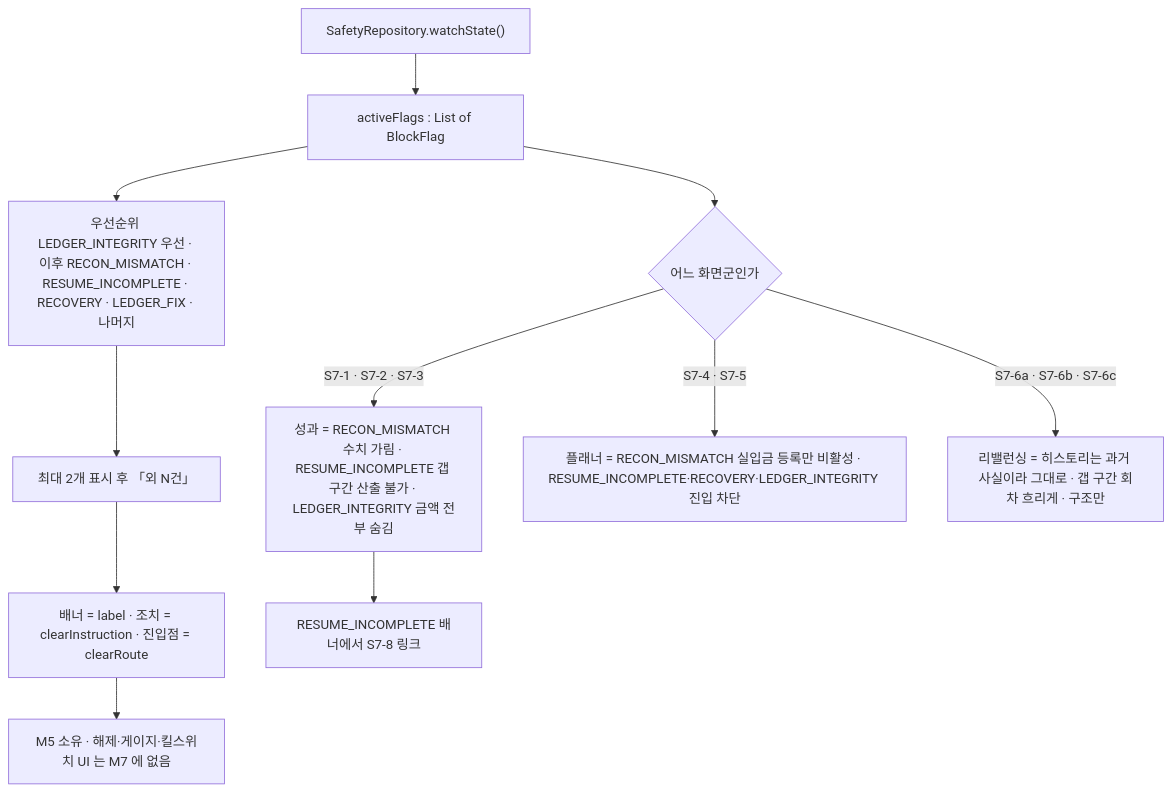
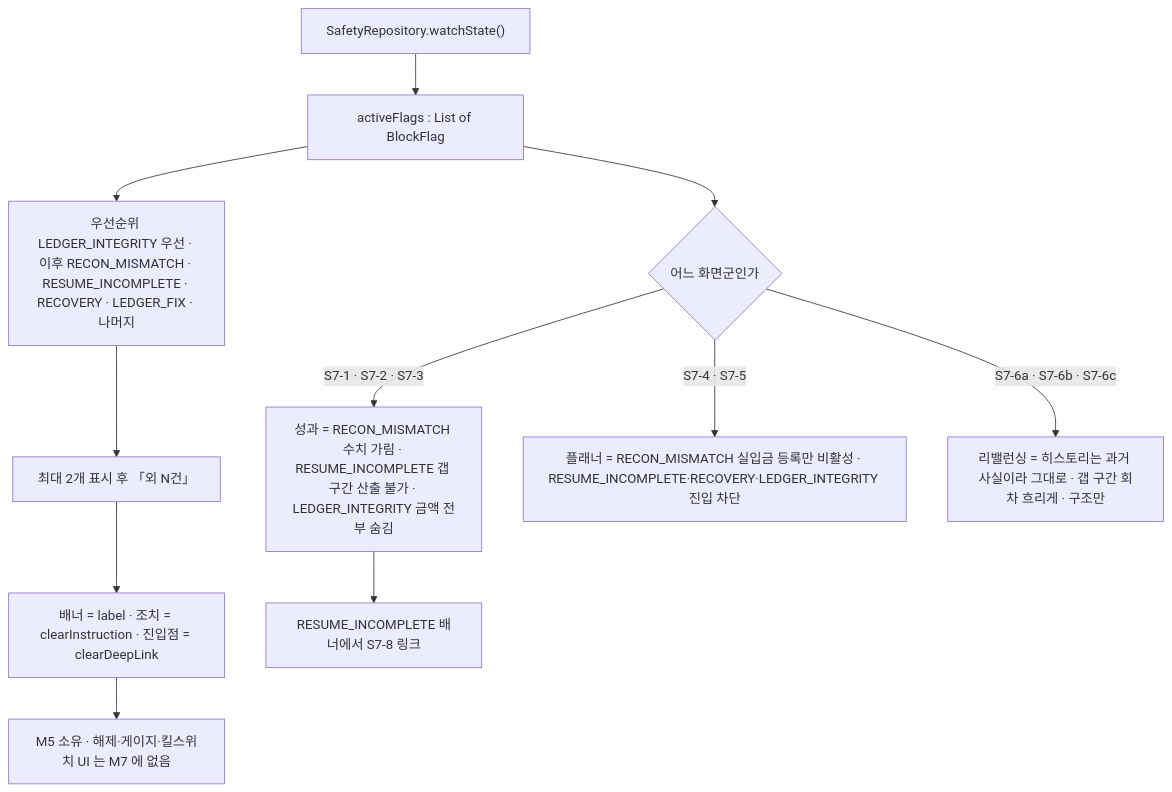
The fourth of 26 diagrams in docs/ai-context/03_화면명세_M7_성과_리밸런싱_플래너.md (billybeom/AutoAlphaQuant), drawn with Mermaid before and after one commit. The commit also changed other lines of this file and 2 other files, not shown here.

````diff
--- a/docs/ai-context/03_화면명세_M7_성과_리밸런싱_플래너.md
+++ b/docs/ai-context/03_화면명세_M7_성과_리밸런싱_플래너.md
@@ -236,24 +236,24 @@
 ```mermaid
 flowchart TD
   SR["SafetyRepository.watchState()"]
   FL["activeFlags : List of BlockFlag"]
   PRI["우선순위 LEDGER_INTEGRITY 우선 · 이후 RECON_MISMATCH · RESUME_INCOMPLETE · RECOVERY · LEDGER_FIX · 나머지"]
   TOP["최대 2개 표시 후 「외 N건」"]
-  TXT["배너 = label · 조치 = clearInstruction · 진입점 = clearRoute"]
+  TXT["배너 = label · 조치 = clearInstruction · 진입점 = clearDeepLink"]
   A{"어느 화면군인가"}
   P["성과 = RECON_MISMATCH 수치 가림 · RESUME_INCOMPLETE 갭 구간 산출 불가 · LEDGER_INTEGRITY 금액 전부 숨김"]
   PL["플래너 = RECON_MISMATCH 실입금 등록만 비활성 · RESUME_INCOMPLETE·RECOVERY·LEDGER_INTEGRITY 진입 차단"]
   RB["리밸런싱 = 히스토리는 과거 사실이라 그대로 · 갭 구간 회차 흐리게 · 구조만"]
   S78["RESUME_INCOMPLETE 배너에서 S7-8 링크"]
   M5["M5 소유 · 해제·게이지·킬스위치 UI 는 M7 에 없음"]
   SR --> FL
   FL --> PRI
   PRI --> TOP
   TOP --> TXT
   FL --> A
   A -->|"S7-1 · S7-2 · S7-3"| P
   A -->|"S7-4 · S7-5"| PL
   A -->|"S7-6a · S7-6b · S7-6c"| RB
   P --> S78
   TXT --> M5
 ```
````
